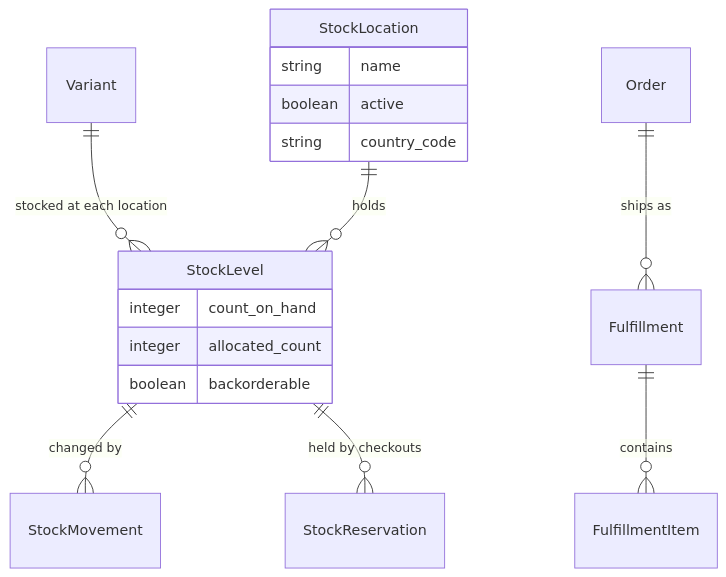
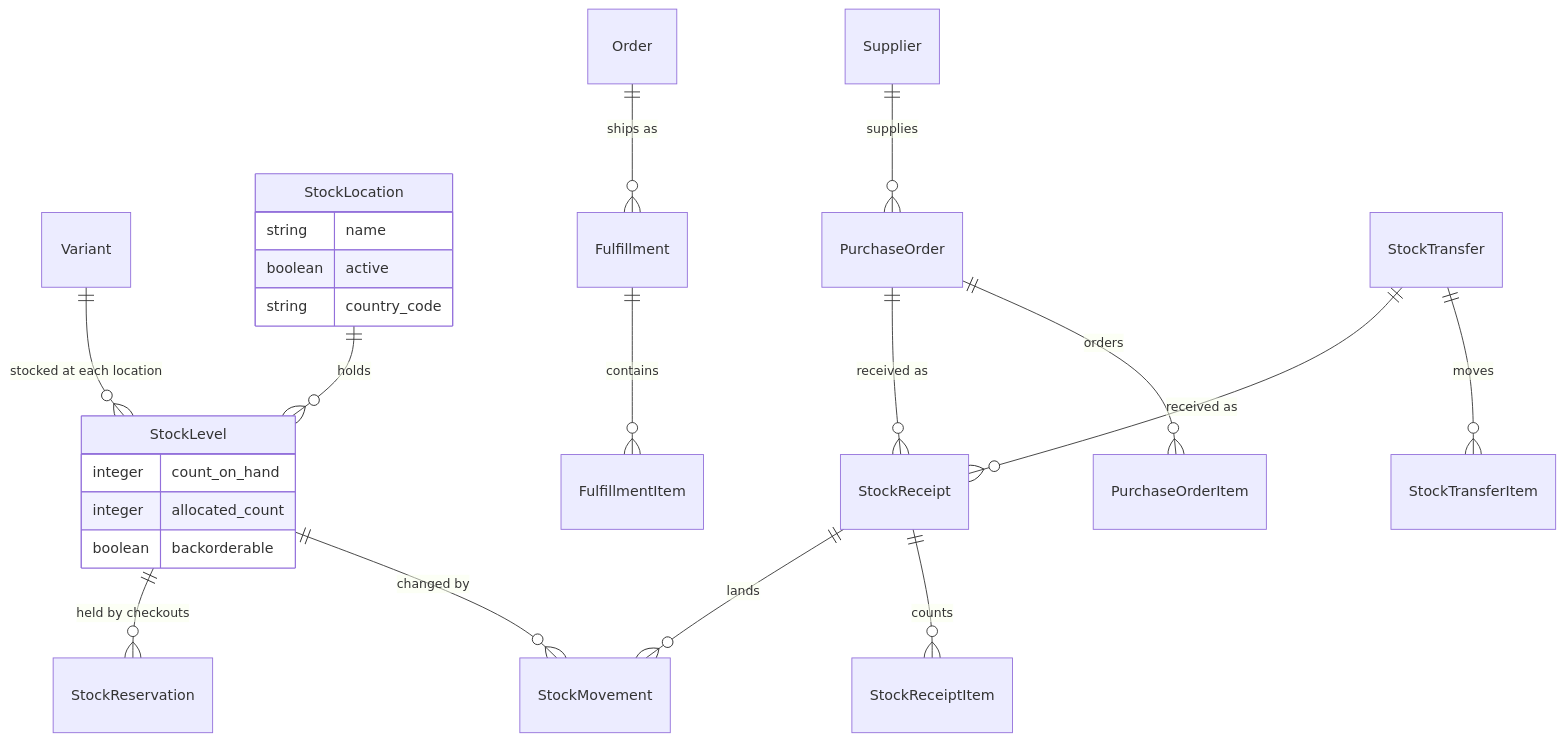
Before and after one commit to spree/spree: the diagram in docs/developer/core-concepts/inventory.mdx, drawn with Mermaid. The commit also changed other lines of this file, not shown here.

````diff
--- a/docs/developer/core-concepts/inventory.mdx
+++ b/docs/developer/core-concepts/inventory.mdx
@@ -12,20 +12,27 @@
 ```mermaid
 erDiagram
     Variant ||--o{ StockLevel : "stocked at each location"
     StockLocation ||--o{ StockLevel : "holds"
     StockLevel ||--o{ StockMovement : "changed by"
     StockLevel ||--o{ StockReservation : "held by checkouts"
     Order ||--o{ Fulfillment : "ships as"
     Fulfillment ||--o{ FulfillmentItem : "contains"
+    Supplier ||--o{ PurchaseOrder : "supplies"
+    PurchaseOrder ||--o{ PurchaseOrderItem : "orders"
+    StockTransfer ||--o{ StockTransferItem : "moves"
+    PurchaseOrder ||--o{ StockReceipt : "received as"
+    StockTransfer ||--o{ StockReceipt : "received as"
+    StockReceipt ||--o{ StockReceiptItem : "counts"
+    StockReceipt ||--o{ StockMovement : "lands"
 
     StockLevel {
         integer count_on_hand
         integer allocated_count
         boolean backorderable
     }
     StockLocation {
         string name
         boolean active
         string country_code
     }
 ```
````
